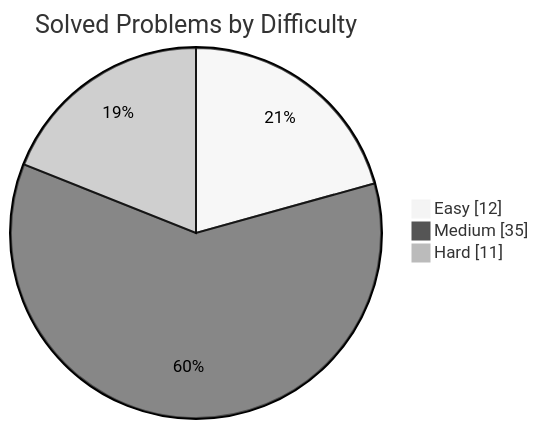
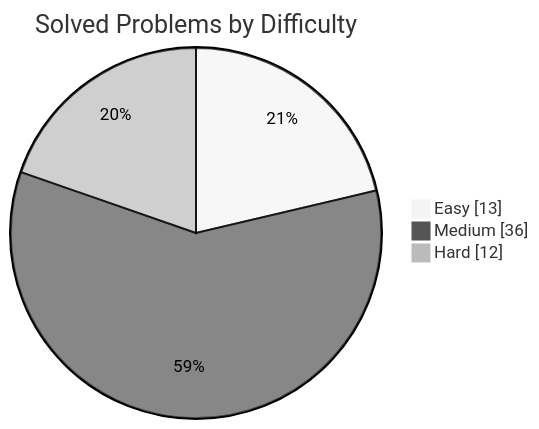
Before and after one commit to manikantbindass/DSA-Preparation-FAANG: the first of 3 diagrams in README.md, drawn with Mermaid (neutral theme). The commit also changed other lines of this file and 9 other files, not shown here.

````diff
--- a/README.md
+++ b/README.md
@@ -32,7 +32,7 @@
 ```mermaid
 pie showData
     title Solved Problems by Difficulty
-    "Easy" : 12
-    "Medium" : 35
-    "Hard" : 11
+    "Easy" : 13
+    "Medium" : 36
+    "Hard" : 12
 ```
````
